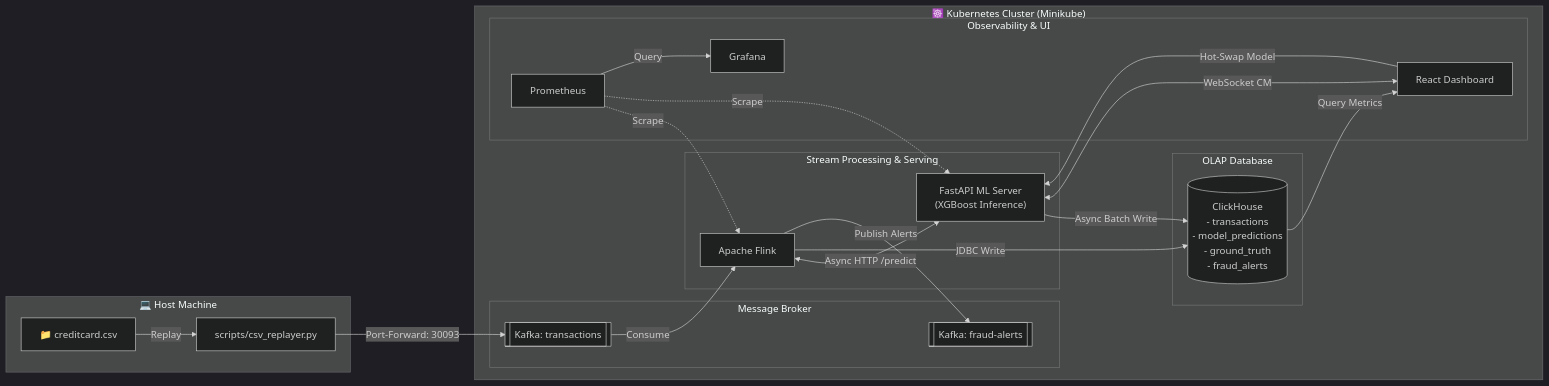
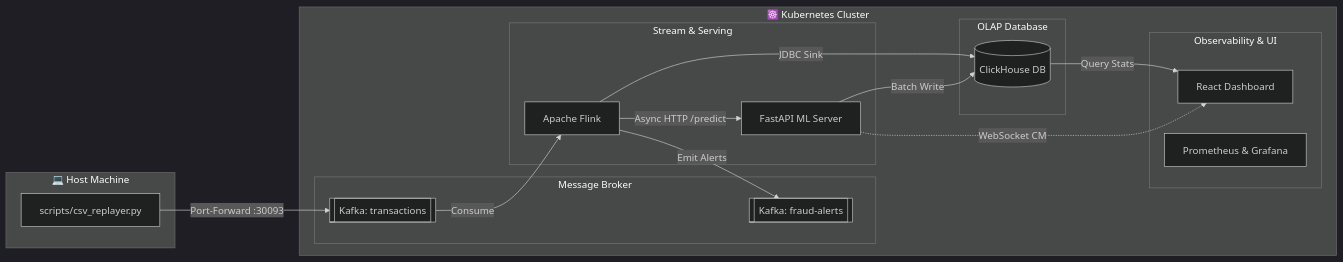
One commit to drakan02/fraud-detection-pipeline changed the diagram in README.md. Above: the diagram before and after it, drawn with Mermaid (dark theme). The commit also changed other lines of this file and 30 other files, not shown here.

Commit message:
Refactor fraud pipeline: remove CEP remnants, optimize Flink deployment portability, add resources configuration, and secure credentials

````diff
--- a/README.md
+++ b/README.md
@@ -16,50 +16,41 @@
 ```mermaid
 flowchart LR
     subgraph Host ["💻 Host Machine"]
-        CSV["📁 creditcard.csv"] -->|Replay| REP["scripts/csv_replayer.py"]
+        REP["scripts/csv_replayer.py"]
     end
 
-    subgraph Cluster ["☸️ Kubernetes Cluster (Minikube)"]
+    subgraph Cluster ["☸️ Kubernetes Cluster"]
         subgraph Broker ["Message Broker"]
             K_TXN[["Kafka: transactions"]]
             K_ALT[["Kafka: fraud-alerts"]]
         end
 
-        subgraph Processing ["Stream Processing & Serving"]
+        subgraph Processing ["Stream & Serving"]
             FLINK["Apache Flink"]
-            API["FastAPI ML Server<br>(XGBoost Inference)"]
+            API["FastAPI ML Server"]
         end
 
         subgraph DB ["OLAP Database"]
-            CH[("ClickHouse<br>- transactions<br>- model_predictions<br>- ground_truth<br>- fraud_alerts")]
+            CH[("ClickHouse DB")]
         end
 
         subgraph UI ["Observability & UI"]
             DASH["React Dashboard"]
-            PROM["Prometheus"]
-            GRAF["Grafana"]
+            MONITOR["Prometheus & Grafana"]
         end
     end
 
-    %% Data Ingestion Flow
-    REP -->|"Port-Forward: 30093"| K_TXN
+    %% Core Data Flow
+    REP -->|"Port-Forward :30093"| K_TXN
     K_TXN -->|Consume| FLINK
+    FLINK -->|Async HTTP /predict| API
     
-    %% Processing & Inference Flow
-    FLINK <-->|Async HTTP /predict| API
-    API -->|Async Batch Write| CH
-    
-    %% Sinks Flow
-    FLINK -->|JDBC Write| CH
-    FLINK -->|Publish Alerts| K_ALT
+    %% Storage & Output Flow
+    FLINK -->|JDBC Sink| CH
+    API -->|Batch Write| CH
+    FLINK -->|Emit Alerts| K_ALT
 
-    %% WebSocket & Dashboards Flow
-    CH -->|Query Metrics| DASH
-    API <-->|WebSocket CM| DASH
-    DASH -->|Hot-Swap Model| API
-    
-    %% Metrics Scrape
-    PROM -.->|Scrape| FLINK
-    PROM -.->|Scrape| API
-    PROM -->|Query| GRAF
+    %% UI & Metrics Flow
+    CH -->|Query Stats| DASH
+    API -.->|WebSocket CM| DASH
 ```
````
